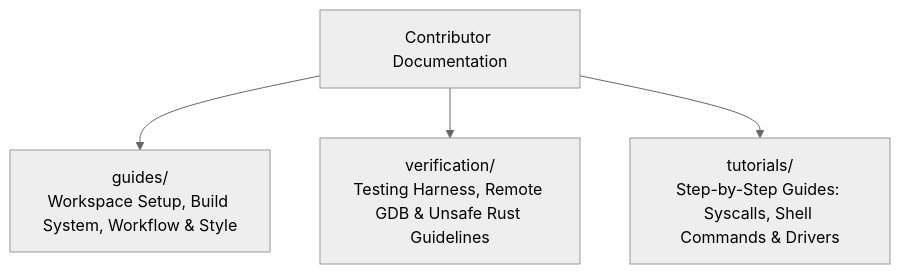
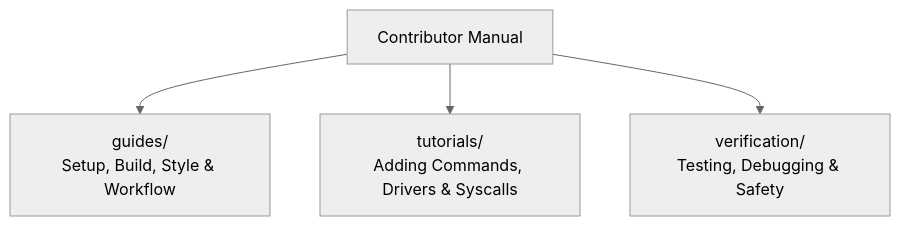
One commit to mrvlous/keira changed the diagram in docs/contributing/README.md. Above: the diagram before and after it, drawn with Mermaid (neutral theme). The commit also changed other lines of this file and 13 other files, not shown here.

Commit message:
docs(contributing): revamp developer guides, tutorials and verification suites

````diff
--- a/docs/contributing/README.md
+++ b/docs/contributing/README.md
@@ -16,6 +11,6 @@
 ```mermaid
 graph TD
-    Contributor["Contributor Documentation"] --> Guides["guides/<br/>Workspace Setup, Build System, Workflow & Style"]
-    Contributor --> Verification["verification/<br/>Testing Harness, Remote GDB & Unsafe Rust Guidelines"]
-    Contributor --> Tutorials["tutorials/<br/>Step-by-Step Guides: Syscalls, Shell Commands & Drivers"]
+    Contrib["Contributor Manual"] --> Guides["guides/<br/>Setup, Build, Style & Workflow"]
+    Contrib --> Tutorials["tutorials/<br/>Adding Commands, Drivers & Syscalls"]
+    Contrib --> Verification["verification/<br/>Testing, Debugging & Safety"]
 ```
````
